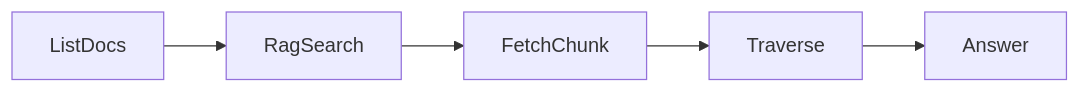
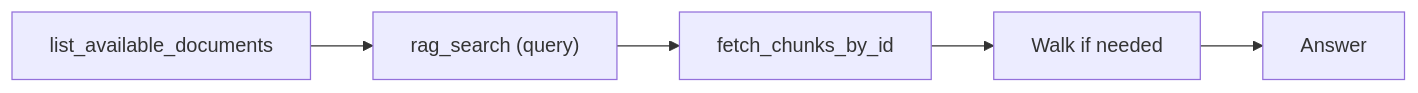
One commit to vanshksingh/Thread-RAG changed diagram 15 of 19 in README.md. Above: the diagram before and after it, drawn with Mermaid. The commit also changed other lines of this file, not shown here.

First line of the commit message:
Revise THREAD-RAG architecture details in README

````diff
--- a/README.md
+++ b/README.md
@@ -409,4 +297,7 @@
 ```mermaid
 flowchart LR
-ListDocs --> RagSearch --> FetchChunk --> Traverse --> Answer
+ListDocs["list_available_documents"] --> RagSearch["rag_search (query)"]
+RagSearch --> FetchChunk["fetch_chunks_by_id"]
+FetchChunk --> Traverse["Walk if needed"]
+Traverse --> Answer
 ```
````
